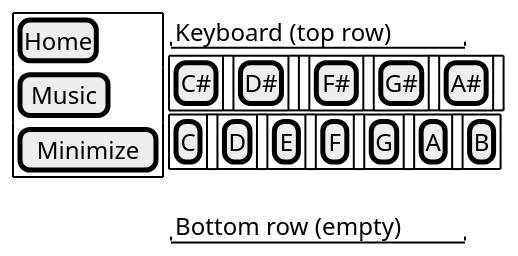
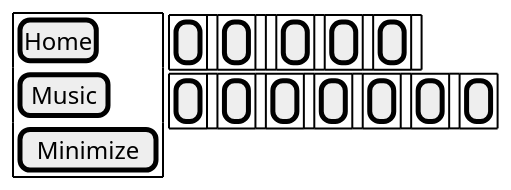
One commit to aortez/dirtsim changed the first of 2 diagrams in apps/src/ui/docs/src/screens/synth.md. Above: the diagram before and after it, drawn with PlantUML. The commit also changed other lines of this file and 22 other files, not shown here.

````diff
--- a/apps/src/ui/docs/src/screens/synth.md
+++ b/apps/src/ui/docs/src/screens/synth.md
@@ -3,22 +3,20 @@
 ```plantuml
 @startsalt
 scale 1.6
 {
   {+
     [Home]
     [Music]
     [Minimize]
   } | {
-    "Keyboard (top row)"
     {#
-      [C#] | . | [D#] | . | . | [F#] | . | [G#] | . | [A#] | .
+      [ ] | . | [ ] | . | . | [ ] | . | [ ] | . | [ ] | .
     }
     {#
-      [C] | . | [D] | . | [E] | . | [F] | . | [G] | . | [A] | . | [B]
+      [ ] | . | [ ] | . | [ ] | . | [ ] | . | [ ] | . | [ ] | . | [ ]
     }
     .
-    "Bottom row (empty)"
   }
 }
 @endsalt
 ```
````
